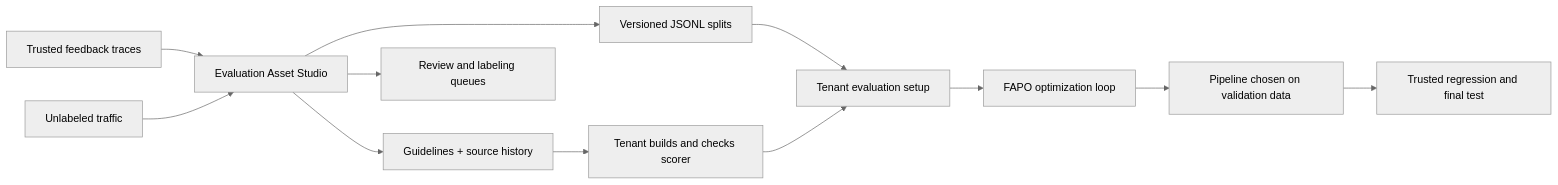
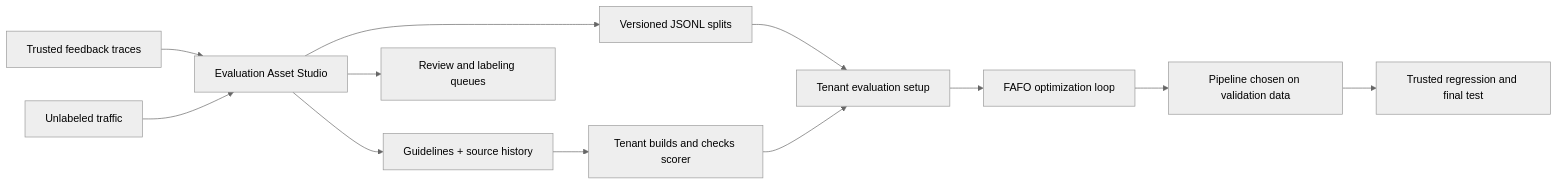
One commit to cisco-foundation-ai/fully-automated-prompt-optimization changed the third of 3 diagrams in docs/processes/evaluation-asset-studio-stress-test.md. Above: the diagram before and after it, drawn with Mermaid (neutral theme). The commit also changed other lines of this file and 15325 other files, not shown here.

Commit message:
feat: rebrand FAFO pipeline and update evaluation asset flow

````diff
--- a/docs/processes/evaluation-asset-studio-stress-test.md
+++ b/docs/processes/evaluation-asset-studio-stress-test.md
@@ -148,14 +156,14 @@
 ```mermaid
 flowchart LR
     F[Trusted feedback traces] --> S[Evaluation Asset Studio]
     U[Unlabeled traffic] --> S
     S --> G[Guidelines + source history]
     S --> Q[Review and labeling queues]
     S --> D[Versioned JSONL splits]
     G --> H[Tenant builds and checks scorer]
     D --> C[Tenant evaluation setup]
     H --> C
-    C --> O[FAPO optimization loop]
+    C --> O[FAFO optimization loop]
     O --> P[Pipeline chosen on validation data]
     P --> T[Trusted regression and final test]
 ```
````
